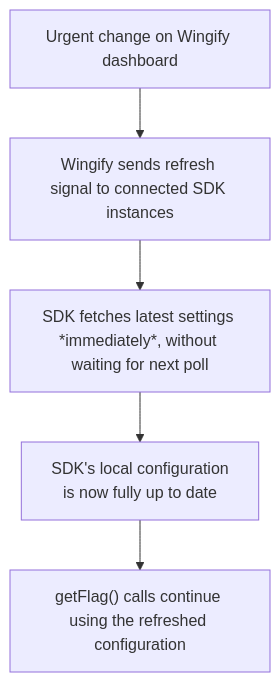
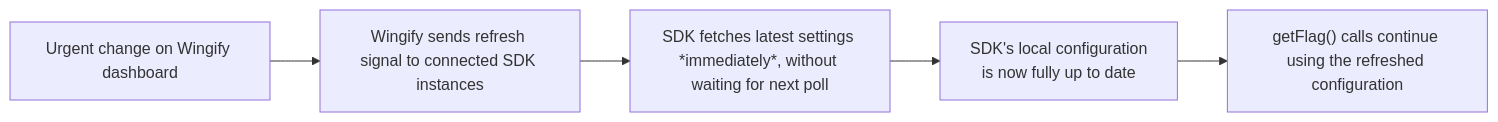
Before and after one commit to wingify/readme-central: the third of 3 diagrams in docs/Concepts/fme-panic-mode-and-force-refresh.md, drawn with Mermaid. The commit also changed other lines of this file, not shown here.

````diff
--- a/docs/Concepts/fme-panic-mode-and-force-refresh.md
+++ b/docs/Concepts/fme-panic-mode-and-force-refresh.md
@@ -104,10 +103,10 @@
 ```mermaid
-flowchart TD
+flowchart LR
 A["Urgent change on Wingify dashboard"] --> B["Wingify sends refresh signal to connected SDK instances"]
 
 B --> C["SDK fetches latest settings *immediately*, without waiting for next poll"]
 
 C --> D["SDK's local configuration\nis now fully up to date"]
 
 D --> E["getFlag() calls continue using the refreshed configuration"]
 ```
````
